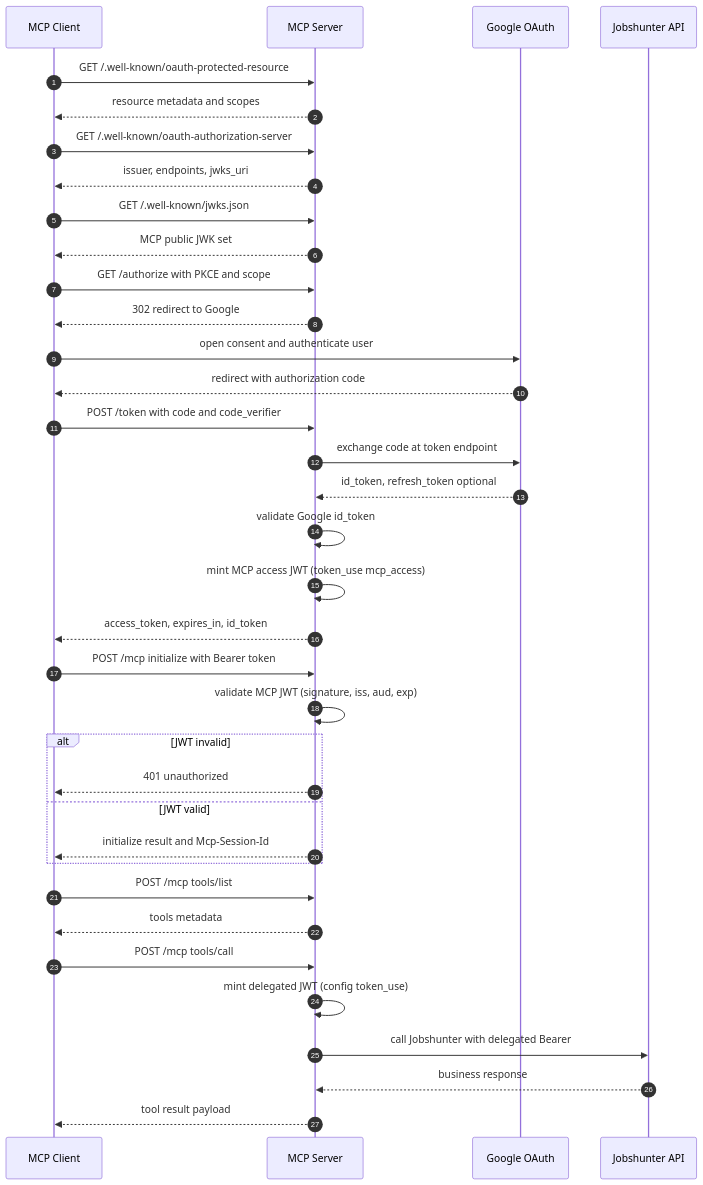
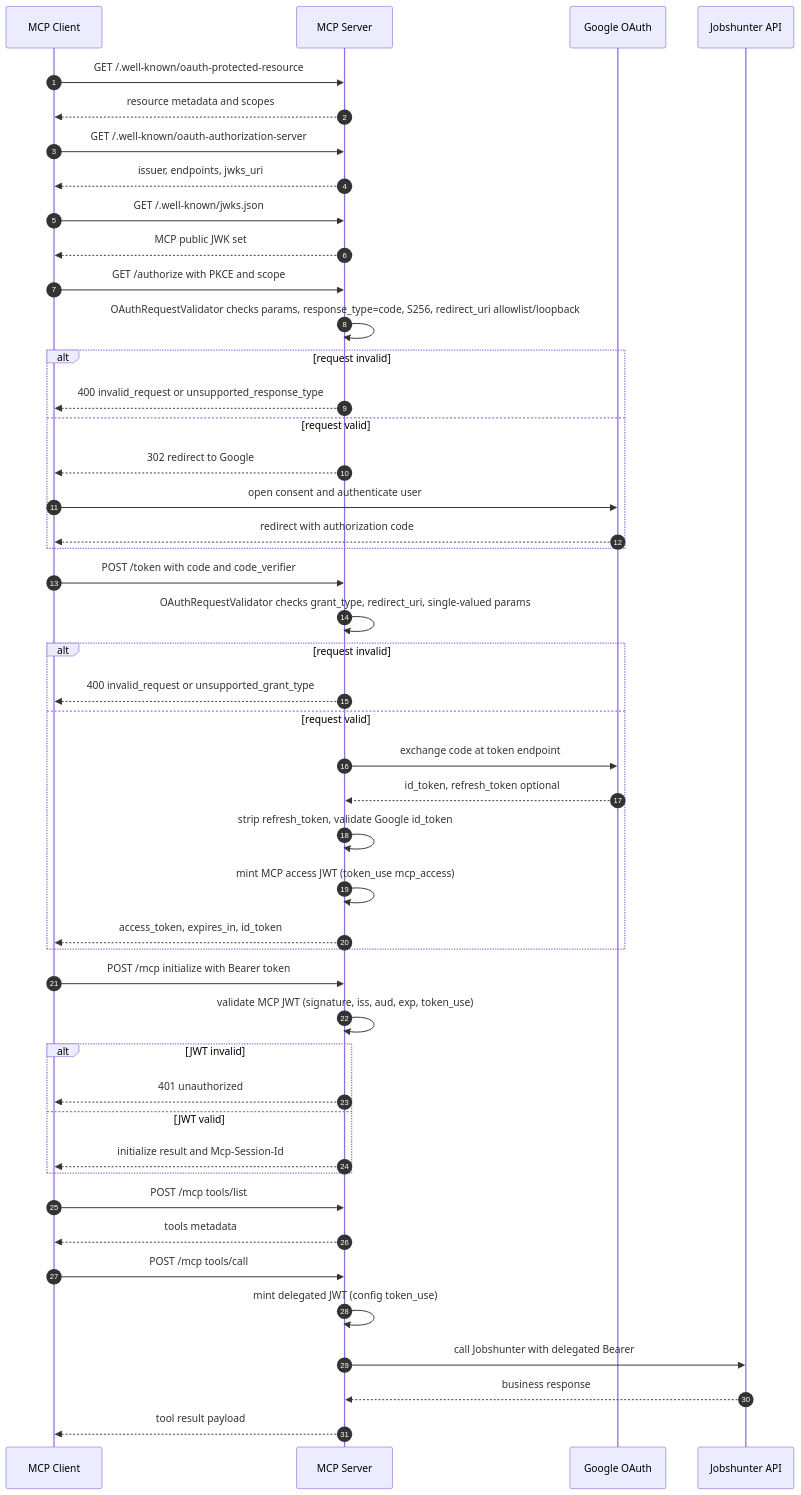
One commit to crisnct/jobshunter-mcp-server changed the diagram in architecture/MCP_Server_Authentication_Initialization_Flow.mmd. Above: the diagram before and after it, drawn with Mermaid. The commit also changed 5 other files, not shown here.

Commit message:
Updated diagrams

```diff
--- a/architecture/MCP_Server_Authentication_Initialization_Flow.mmd
+++ b/architecture/MCP_Server_Authentication_Initialization_Flow.mmd
@@ -1,57 +1,67 @@
 %%{init: {'theme':'base','themeVariables':{
 'fontSize':'16px',
 'fontFamily':'Inter, Segoe UI, Arial',
 'sequenceNumberColor':'#111827',
 'lineColor':'#6b7280'
 },'themeCSS':'
 .actor:nth-of-type(1) rect{fill:#dbeafe!important;stroke:#2563eb!important;stroke-width:2px!important;}
 .actor-line:nth-of-type(1){stroke:#2563eb!important;stroke-width:2px!important;}
 .actor:nth-of-type(2) rect{fill:#dcfce7!important;stroke:#16a34a!important;stroke-width:2px!important;}
 .actor-line:nth-of-type(2){stroke:#16a34a!important;stroke-width:2px!important;}
 .actor:nth-of-type(3) rect{fill:#ffedd5!important;stroke:#ea580c!important;stroke-width:2px!important;}
 .actor-line:nth-of-type(3){stroke:#ea580c!important;stroke-width:2px!important;}
 .actor:nth-of-type(4) rect{fill:#ede9fe!important;stroke:#7c3aed!important;stroke-width:2px!important;}
 .actor-line:nth-of-type(4){stroke:#7c3aed!important;stroke-width:2px!important;}
 .messageText{font-size:14px!important;}
 '}}%%
 sequenceDiagram
     autonumber
     participant McpClient as MCP Client
     participant McpServer as MCP Server
     participant Google as Google OAuth
     participant JobApi as Jobshunter API
 
     McpClient->>McpServer: GET /.well-known/oauth-protected-resource
     McpServer-->>McpClient: resource metadata and scopes
     McpClient->>McpServer: GET /.well-known/oauth-authorization-server
     McpServer-->>McpClient: issuer, endpoints, jwks_uri
     McpClient->>McpServer: GET /.well-known/jwks.json
     McpServer-->>McpClient: MCP public JWK set
 
     McpClient->>McpServer: GET /authorize with PKCE and scope
-    McpServer-->>McpClient: 302 redirect to Google
-    McpClient->>Google: open consent and authenticate user
-    Google-->>McpClient: redirect with authorization code
+    McpServer->>McpServer: OAuthRequestValidator checks params, response_type=code, S256, redirect_uri allowlist/loopback
+    alt request invalid
+        McpServer-->>McpClient: 400 invalid_request or unsupported_response_type
+    else request valid
+        McpServer-->>McpClient: 302 redirect to Google
+        McpClient->>Google: open consent and authenticate user
+        Google-->>McpClient: redirect with authorization code
+    end
 
     McpClient->>McpServer: POST /token with code and code_verifier
-    McpServer->>Google: exchange code at token endpoint
-    Google-->>McpServer: id_token, refresh_token optional
-    McpServer->>McpServer: validate Google id_token
-    McpServer->>McpServer: mint MCP access JWT (token_use mcp_access)
-    McpServer-->>McpClient: access_token, expires_in, id_token
+    McpServer->>McpServer: OAuthRequestValidator checks grant_type, redirect_uri, single-valued params
+    alt request invalid
+        McpServer-->>McpClient: 400 invalid_request or unsupported_grant_type
+    else request valid
+        McpServer->>Google: exchange code at token endpoint
+        Google-->>McpServer: id_token, refresh_token optional
+        McpServer->>McpServer: strip refresh_token, validate Google id_token
+        McpServer->>McpServer: mint MCP access JWT (token_use mcp_access)
+        McpServer-->>McpClient: access_token, expires_in, id_token
+    end
 
     McpClient->>McpServer: POST /mcp initialize with Bearer token
-    McpServer->>McpServer: validate MCP JWT (signature, iss, aud, exp)
+    McpServer->>McpServer: validate MCP JWT (signature, iss, aud, exp, token_use)
     alt JWT invalid
         McpServer-->>McpClient: 401 unauthorized
     else JWT valid
         McpServer-->>McpClient: initialize result and Mcp-Session-Id
     end
 
     McpClient->>McpServer: POST /mcp tools/list
     McpServer-->>McpClient: tools metadata
     McpClient->>McpServer: POST /mcp tools/call
     McpServer->>McpServer: mint delegated JWT (config token_use)
     McpServer->>JobApi: call Jobshunter with delegated Bearer
     JobApi-->>McpServer: business response
     McpServer-->>McpClient: tool result payload
```
